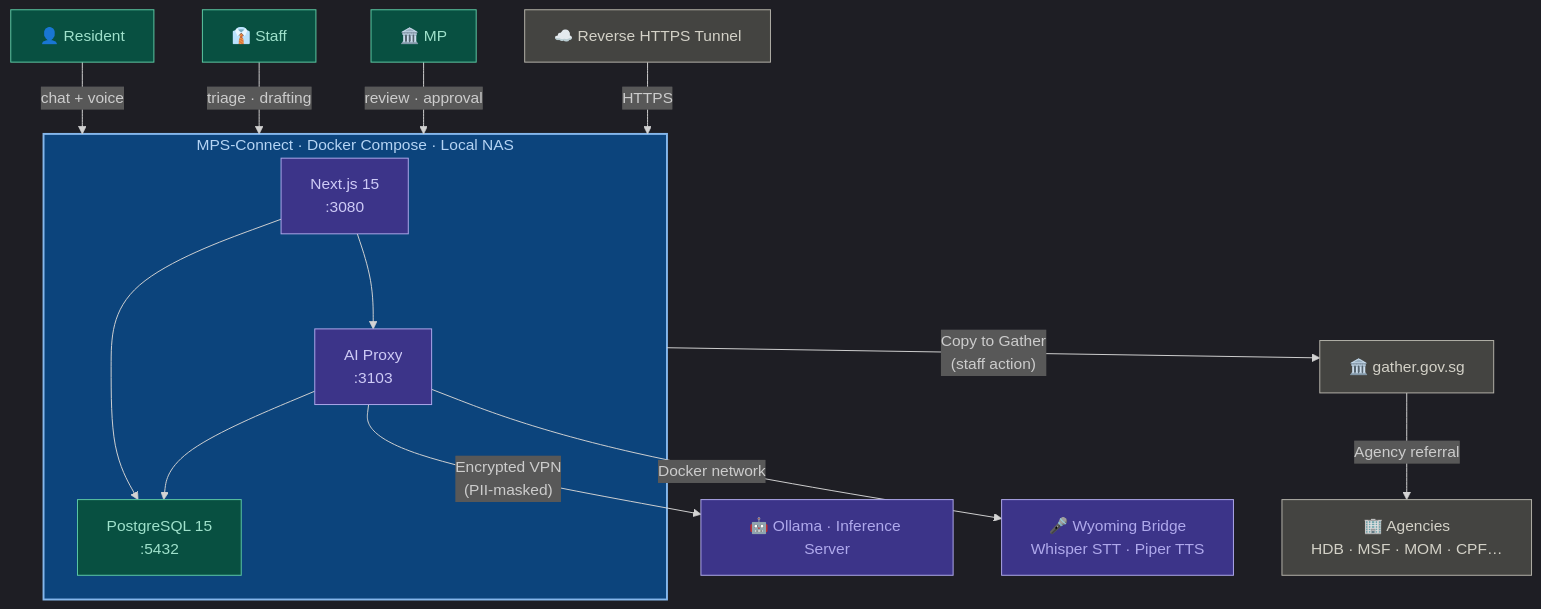
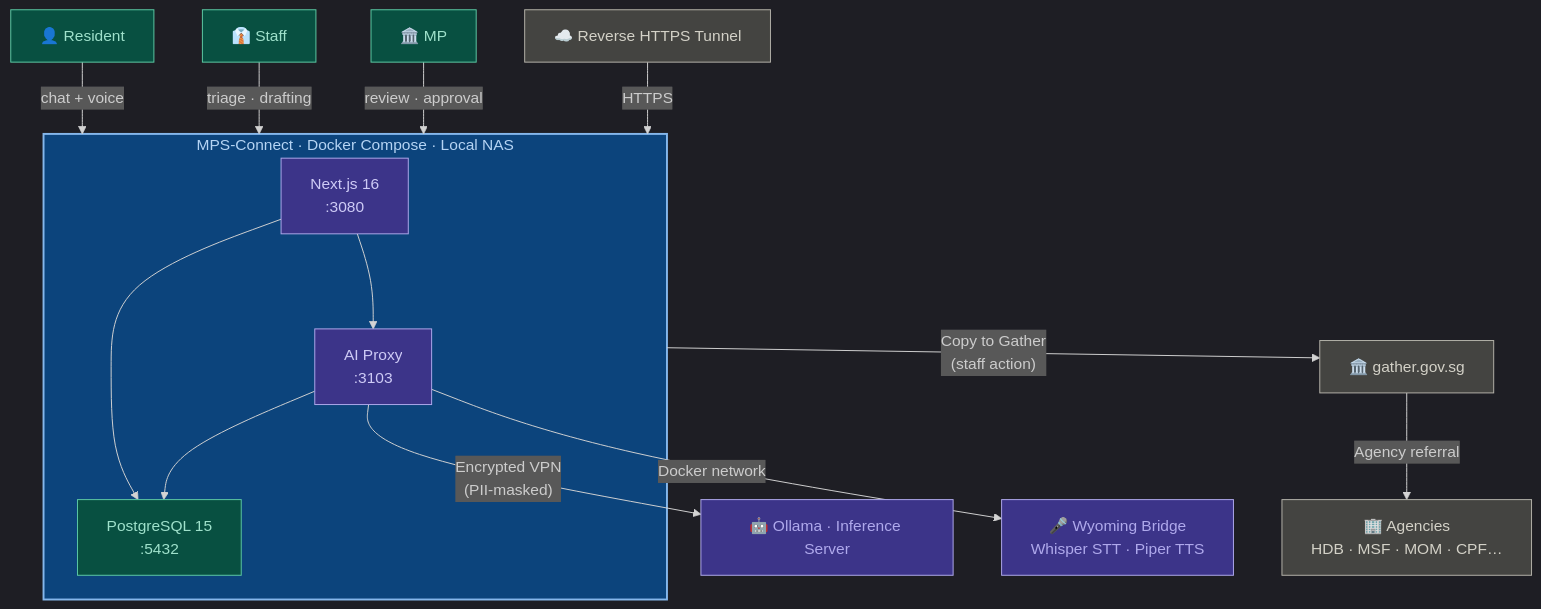
One commit to thegeekybeng/mps-connect changed the first of 3 diagrams in README.md. Above: the diagram before and after it, drawn with Mermaid. The commit also changed other lines of this file and 3 other files, not shown here.

````diff
--- a/README.md
+++ b/README.md
@@ -56,32 +56,32 @@
 ```mermaid
 %%{init: {"theme": "dark"}}%%
 flowchart TB
   RES["👤 Resident"] -->|"chat + voice"| MPS
   STAFF["👔 Staff"] -->|"triage · drafting"| MPS
   MP["🏛️ MP"] -->|"review · approval"| MPS
   CF["☁️ Reverse HTTPS Tunnel"] -->|"HTTPS"| MPS
 
   subgraph MPS["MPS-Connect · Docker Compose · Local NAS"]
-    NEXT["Next.js 15\n:3080"] --> PROXY["AI Proxy\n:3103"]
+    NEXT["Next.js 16\n:3080"] --> PROXY["AI Proxy\n:3103"]
     NEXT --> PG["PostgreSQL 15\n:5432"]
     PROXY --> PG
   end
 
   PROXY -->|"Encrypted VPN\n(PII-masked)"| OLLAMA["🤖 Ollama · Inference Server"]
   PROXY -->|"Docker network"| WYOMING["🎤 Wyoming Bridge\nWhisper STT · Piper TTS"]
   MPS -->|"Copy to Gather\n(staff action)"| GATHER["🏛️ gather.gov.sg"]
   GATHER -->|"Agency referral"| AGENCIES["🏢 Agencies\nHDB · MSF · MOM · CPF…"]
 
   style MPS fill:#0c447c,stroke:#85b7eb,stroke-width:2px,color:#b5d4f4
   style NEXT fill:#3c3489,stroke:#afa9ec,color:#cecbf6
   style PROXY fill:#3c3489,stroke:#afa9ec,color:#cecbf6
   style PG fill:#085041,stroke:#5dcaa5,color:#9fe1cb
   style OLLAMA fill:#3c3489,stroke:#afa9ec,color:#afa9ec
   style WYOMING fill:#3c3489,stroke:#afa9ec,color:#afa9ec
   style RES fill:#085041,stroke:#5dcaa5,color:#9fe1cb
   style STAFF fill:#085041,stroke:#5dcaa5,color:#9fe1cb
   style MP fill:#085041,stroke:#5dcaa5,color:#9fe1cb
   style CF fill:#444441,stroke:#b4b2a9,color:#d3d1c7
   style GATHER fill:#444441,stroke:#b4b2a9,color:#d3d1c7
   style AGENCIES fill:#444441,stroke:#b4b2a9,color:#d3d1c7
 ```
````
